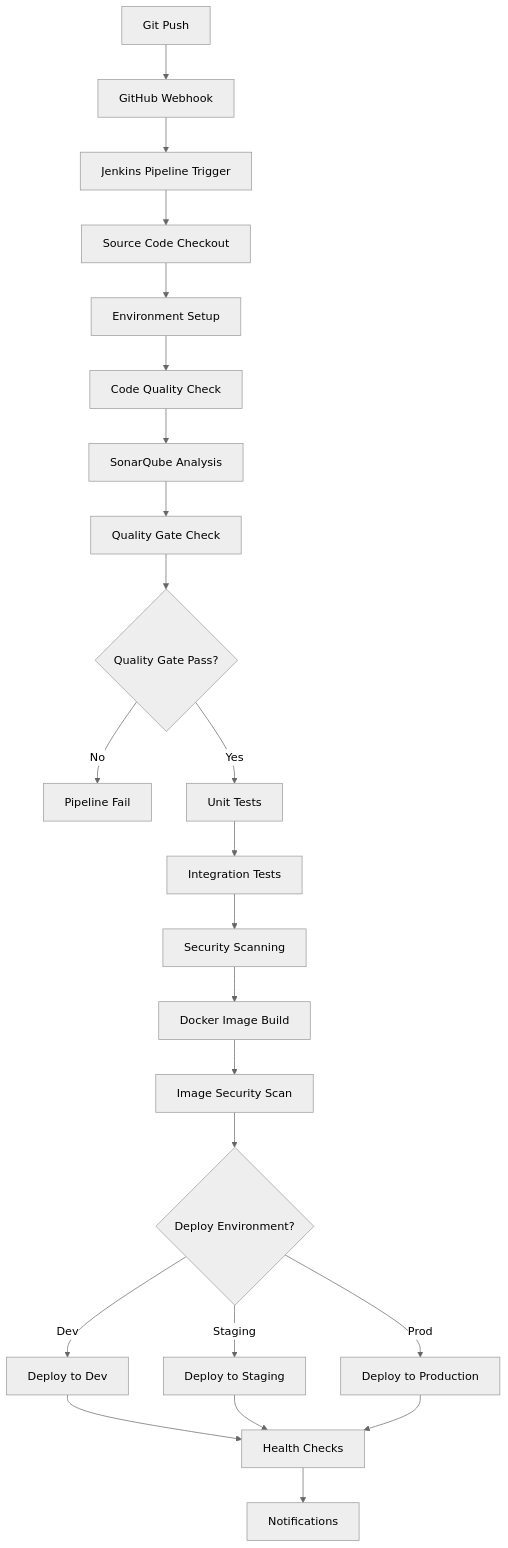
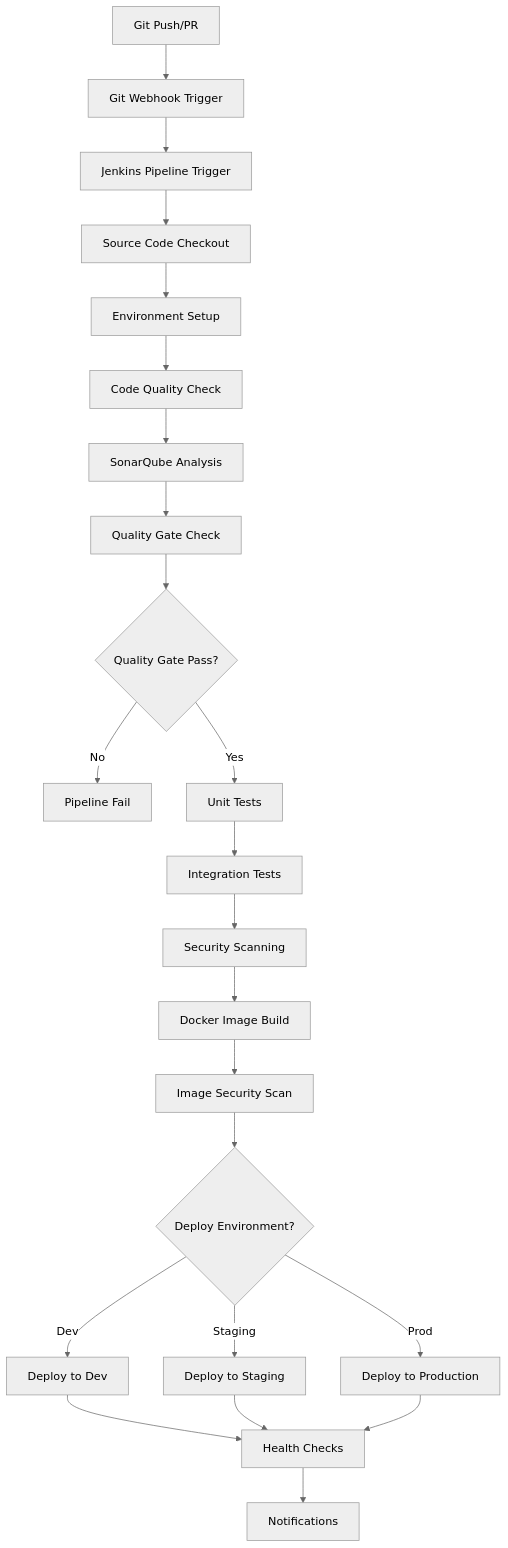
Before and after one commit to redmage123/course-creator: the diagram in docs/ci-cd-pipeline.md, drawn with Mermaid (neutral theme). The commit also changed other lines of this file and 72 other files, not shown here.

````diff
--- a/docs/ci-cd-pipeline.md
+++ b/docs/ci-cd-pipeline.md
@@ -19,25 +20,25 @@
 ```mermaid
 graph TD
-    A[Git Push] --> B[GitHub Webhook]
+    A[Git Push/PR] --> B[Git Webhook Trigger]
     B --> C[Jenkins Pipeline Trigger]
     C --> D[Source Code Checkout]
     D --> E[Environment Setup]
     E --> F[Code Quality Check]
     F --> G[SonarQube Analysis]
     G --> H[Quality Gate Check]
     H --> I{Quality Gate Pass?}
     I -->|No| J[Pipeline Fail]
     I -->|Yes| K[Unit Tests]
     K --> L[Integration Tests]
     L --> M[Security Scanning]
     M --> N[Docker Image Build]
     N --> O[Image Security Scan]
     O --> P{Deploy Environment?}
     P -->|Dev| Q[Deploy to Dev]
     P -->|Staging| R[Deploy to Staging]
     P -->|Prod| S[Deploy to Production]
     Q --> T[Health Checks]
     R --> T
     S --> T
     T --> U[Notifications]
 ```
````
